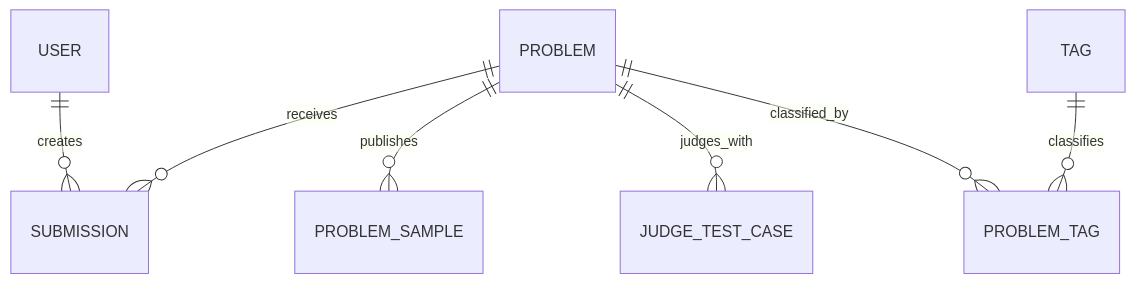
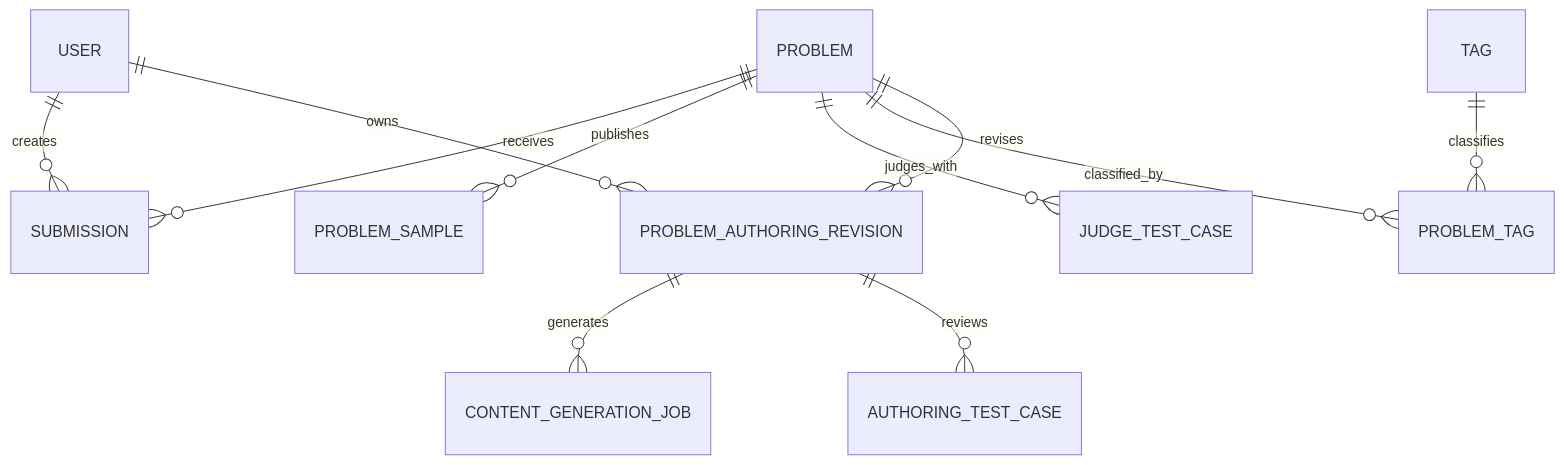
The first of 2 diagrams in docs/domain-model.md (phom77/AlgoJudge), drawn with Mermaid before and after one commit. The commit also changed other lines of this file and 74 other files, not shown here.

Commit message:
feat: add background problem content generation

````diff
--- a/docs/domain-model.md
+++ b/docs/domain-model.md
@@ -5,9 +5,13 @@
 ```mermaid
 erDiagram
     USER ||--o{ SUBMISSION : creates
     PROBLEM ||--o{ SUBMISSION : receives
     PROBLEM ||--o{ PROBLEM_SAMPLE : publishes
     PROBLEM ||--o{ JUDGE_TEST_CASE : judges_with
     PROBLEM ||--o{ PROBLEM_TAG : classified_by
     TAG ||--o{ PROBLEM_TAG : classifies
+    USER ||--o{ PROBLEM_AUTHORING_REVISION : owns
+    PROBLEM ||--o{ PROBLEM_AUTHORING_REVISION : revises
+    PROBLEM_AUTHORING_REVISION ||--o{ CONTENT_GENERATION_JOB : generates
+    PROBLEM_AUTHORING_REVISION ||--o{ AUTHORING_TEST_CASE : reviews
 ```
````
